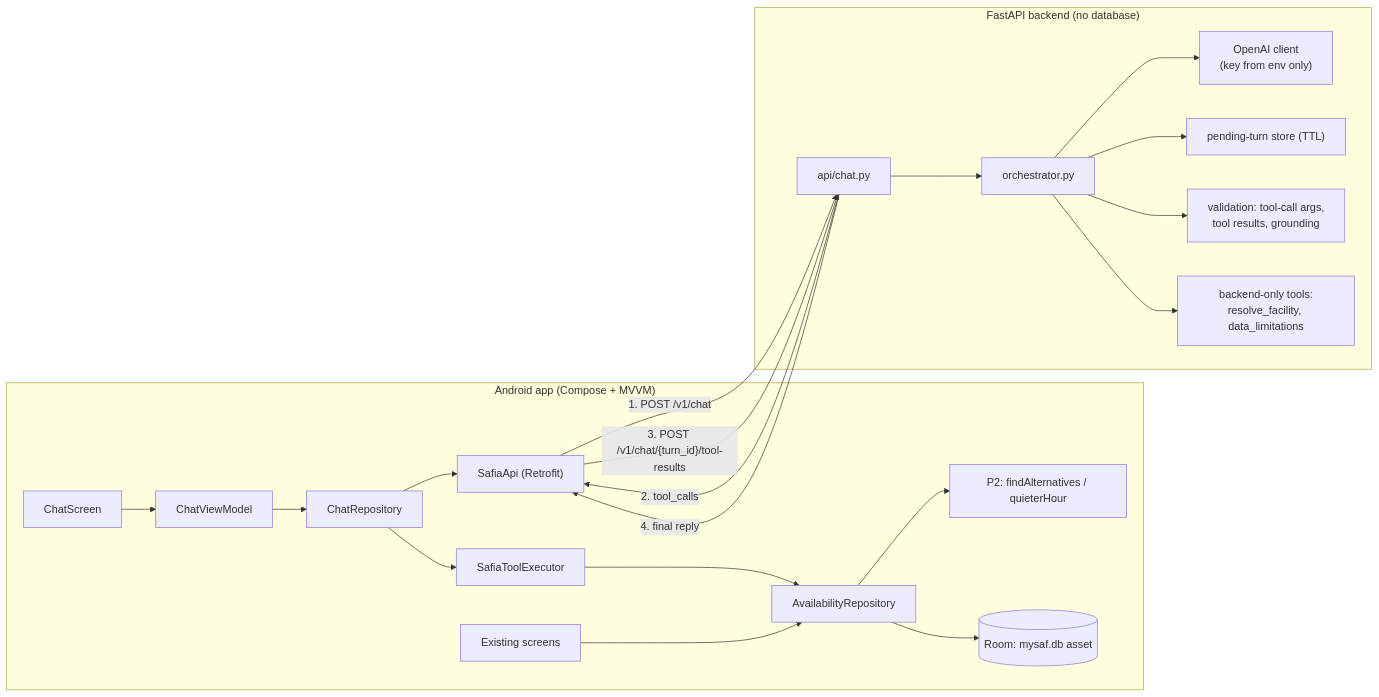
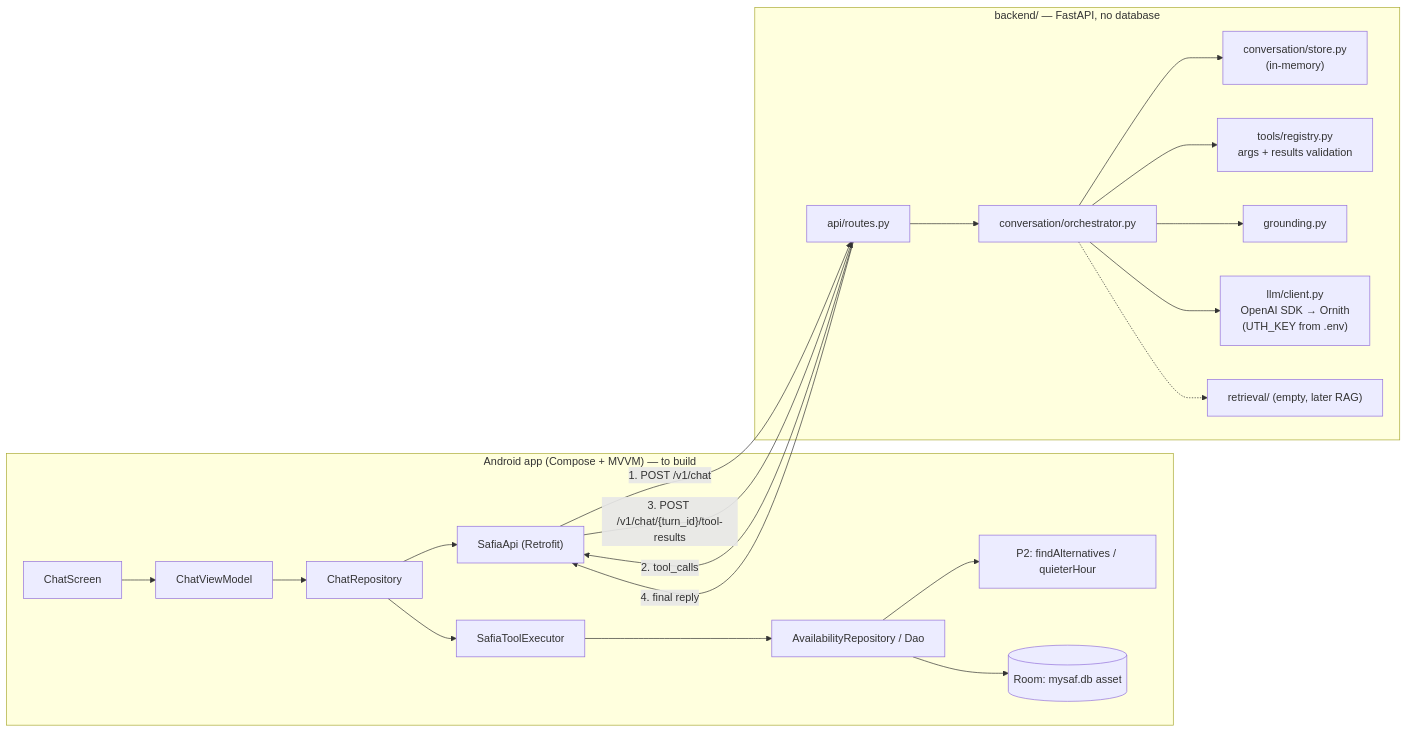
One commit to xertrec/MySAF changed the diagram in docs/safia/ARCHITECTURE.md. Above: the diagram before and after it, drawn with Mermaid. The commit also changed other lines of this file and 21 other files, not shown here.

Commit message:
feat: add chat functionality with UI components and backend integration

````diff
--- a/docs/safia/ARCHITECTURE.md
+++ b/docs/safia/ARCHITECTURE.md
@@ -83,23 +83,23 @@
 ```mermaid
 flowchart LR
-  subgraph Android["Android app (Compose + MVVM)"]
+  subgraph Android["Android app (Compose + MVVM) — to build"]
     ChatScreen --> ChatViewModel --> ChatRepository
     ChatRepository --> SafiaApi["SafiaApi (Retrofit)"]
     ChatRepository --> Exec["SafiaToolExecutor"]
-    Exec --> Repo["AvailabilityRepository"]
+    Exec --> Repo["AvailabilityRepository / Dao"]
     Repo --> P2["P2: findAlternatives / quieterHour"]
     Repo --> Room[(Room: mysaf.db asset)]
-    Existing["Existing screens"] --> Repo
   end
   SafiaApi -- "1. POST /v1/chat" --> API
   API -- "2. tool_calls" --> SafiaApi
   SafiaApi -- "3. POST /v1/chat/{turn_id}/tool-results" --> API
   API -- "4. final reply" --> SafiaApi
-  subgraph Backend["FastAPI backend (no database)"]
-    API["api/chat.py"] --> Orch["orchestrator.py"]
-    Orch --> LLM["OpenAI client\n(key from env only)"]
-    Orch --> Turns["pending-turn store (TTL)"]
-    Orch --> Val["validation: tool-call args,\ntool results, grounding"]
-    Orch --> Local["backend-only tools:\nresolve_facility, data_limitations"]
+  subgraph Backend["backend/ — FastAPI, no database"]
+    API["api/routes.py"] --> Orch["conversation/orchestrator.py"]
+    Orch --> Store["conversation/store.py\n(in-memory)"]
+    Orch --> Val["tools/registry.py\nargs + results validation"]
+    Orch --> G["grounding.py"]
+    Orch --> LLM["llm/client.py\nOpenAI SDK → Ornith\n(UTH_KEY from .env)"]
+    Orch -.-> RAG["retrieval/ (empty, later RAG)"]
   end
 ```
````
